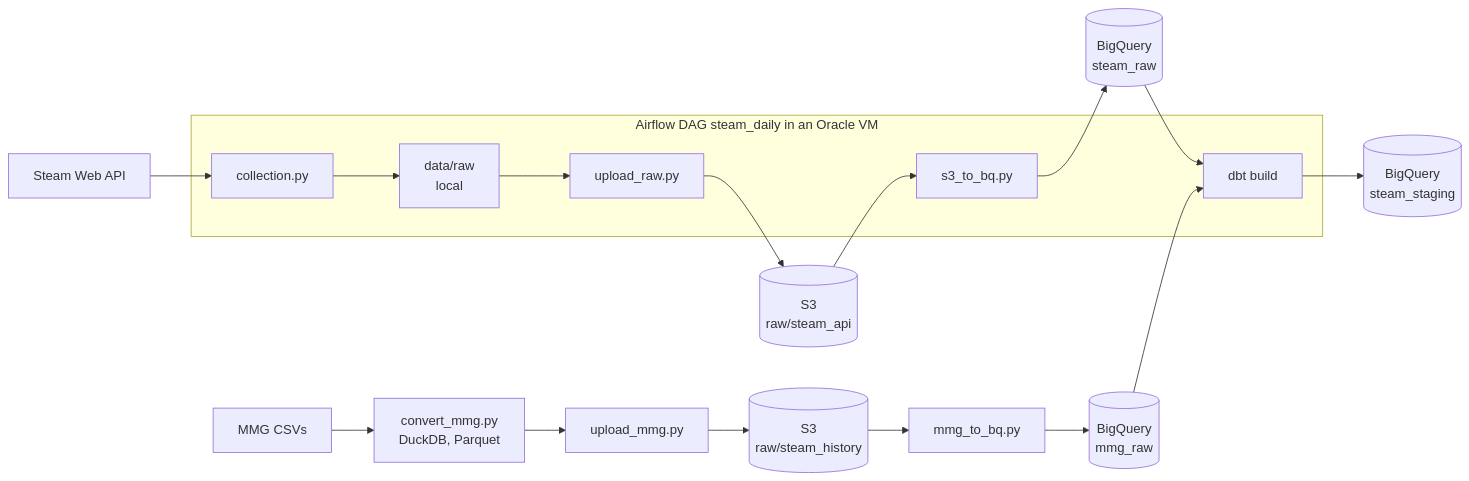
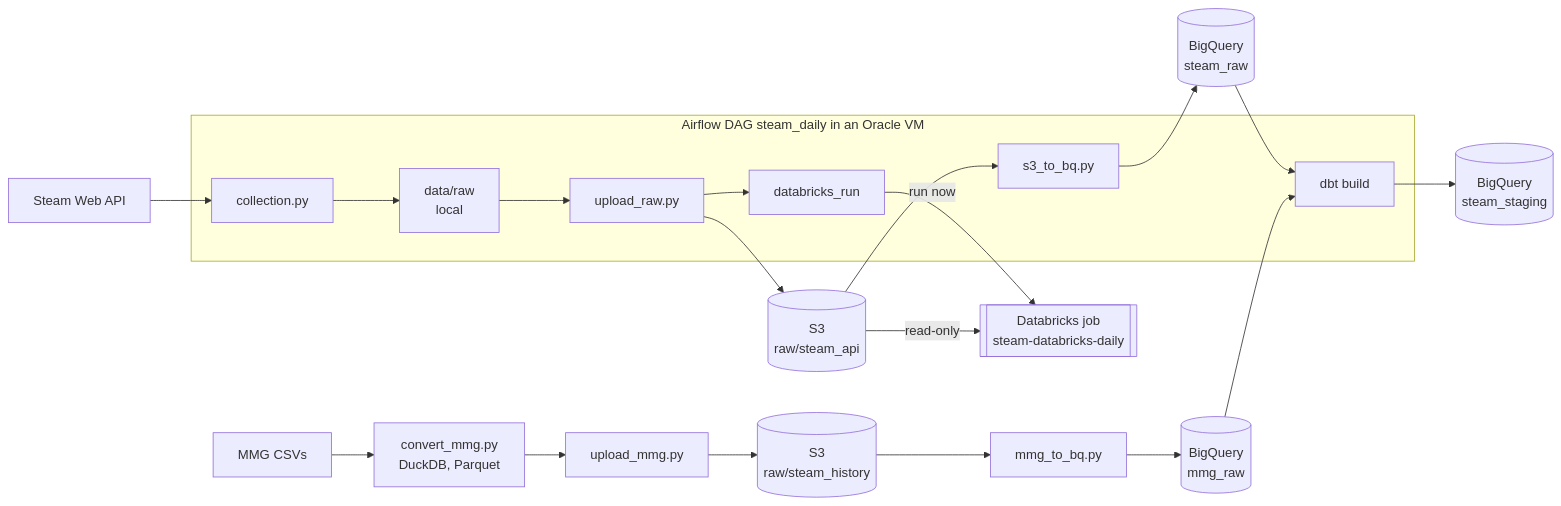
The first of 2 diagrams in Readme.md (Feasao/steam-pipeline), drawn with Mermaid before and after one commit. The commit also changed other lines of this file, not shown here.

Commit message:
Updated ReadMe for the databricks job integration

````diff
--- a/Readme.md
+++ b/Readme.md
@@ -18,25 +18,29 @@
 ```mermaid
 flowchart LR
     A[Steam Web API]
     E[(S3<br/>raw/steam_api)]
     G[(BigQuery<br/>steam_raw)]
     I[(BigQuery<br/>steam_staging)]
     subgraph AF["Airflow DAG steam_daily in an Oracle VM"]
         B[collection.py] --> C[data/raw<br/>local]
         C --> D[upload_raw.py]
         F[s3_to_bq.py]
         H[dbt build]
+        J[databricks_run]
     end
     A --> B
     D --> E
     E --> F
     F --> G
     G --> H
     H --> I
+    D --> J
+    J -->|run now| K[[Databricks job<br/>steam-databricks-daily]]
+    E -->|read-only| K
     M[MMG CSVs] --> N[convert_mmg.py<br/>DuckDB, Parquet]
     N --> O[upload_mmg.py]
     O --> P[(S3<br/>raw/steam_history)]
     P --> Q[mmg_to_bq.py]
     Q --> R[(BigQuery<br/>mmg_raw)]
     R --> H
 ```
````
